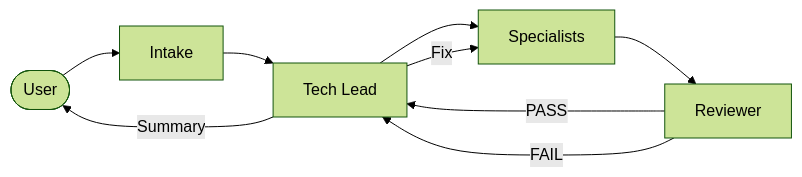
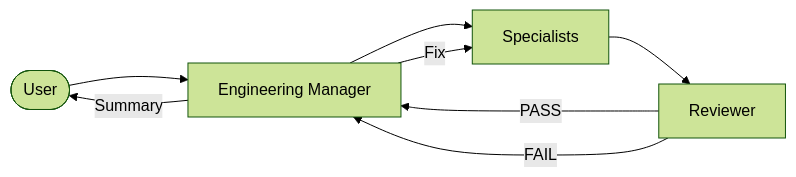
Before and after one commit to jim0thy/copilot-anvil: the first of 8 diagrams in docs/AGENT-ORCHESTRATION.md, drawn with Mermaid (forest theme). The commit also changed other lines of this file and 18 other files, not shown here.

First line of the commit message:
refactor: rename `tech-lead` to `engineering-manager` across codebase

````diff
--- a/docs/AGENT-ORCHESTRATION.md
+++ b/docs/AGENT-ORCHESTRATION.md
@@ -9,11 +9,10 @@
 ```mermaid
 flowchart LR
-    User([User]) --> Intake
-    Intake --> TechLead[Tech Lead]
-    TechLead --> Specialists
+    User([User]) --> EM[Engineering Manager]
+    EM --> Specialists
     Specialists --> Reviewer
-    Reviewer -->|PASS| TechLead
-    TechLead -->|Summary| User
-    Reviewer -->|FAIL| TechLead
-    TechLead -->|Fix| Specialists
+    Reviewer -->|PASS| EM
+    EM -->|Summary| User
+    Reviewer -->|FAIL| EM
+    EM -->|Fix| Specialists
 ```
````
